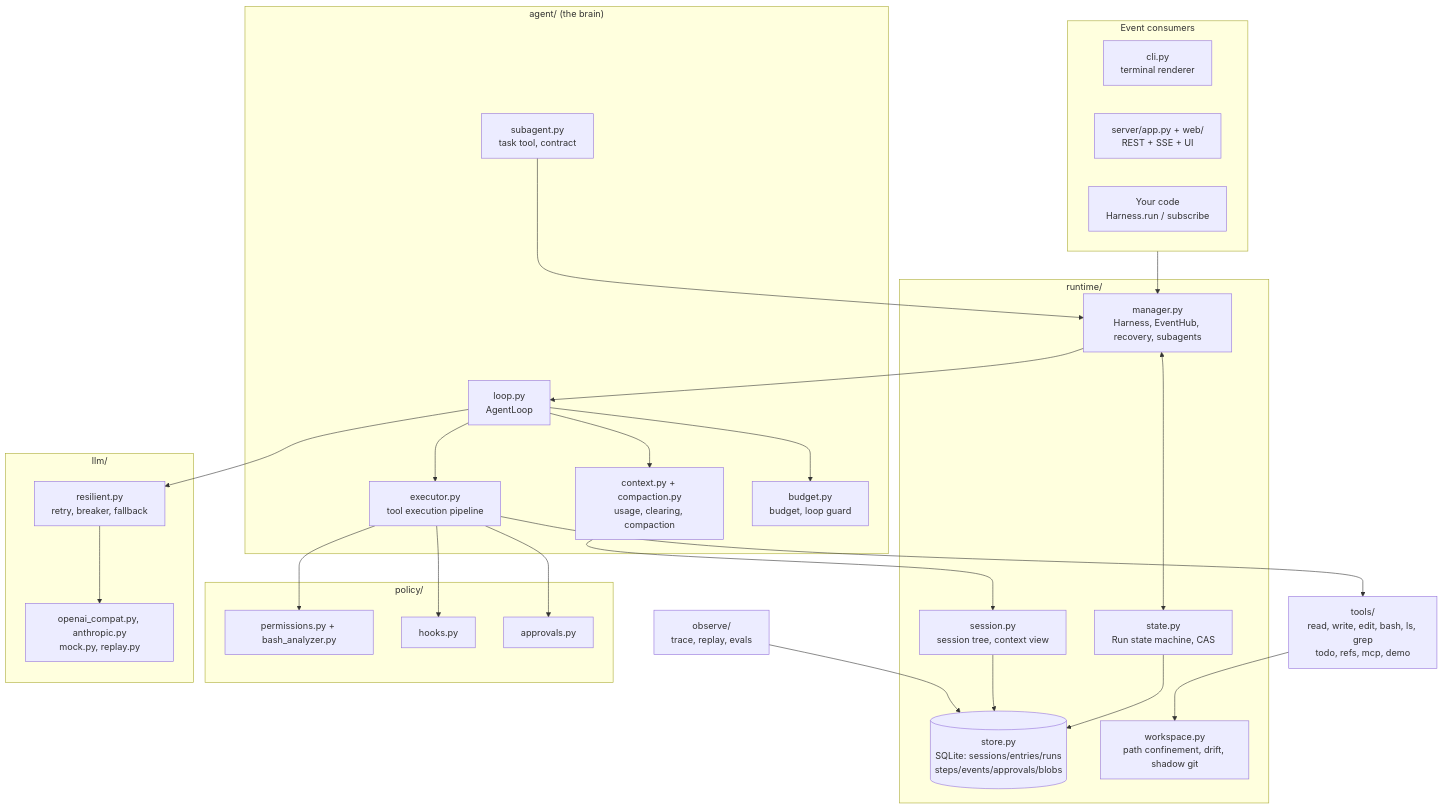
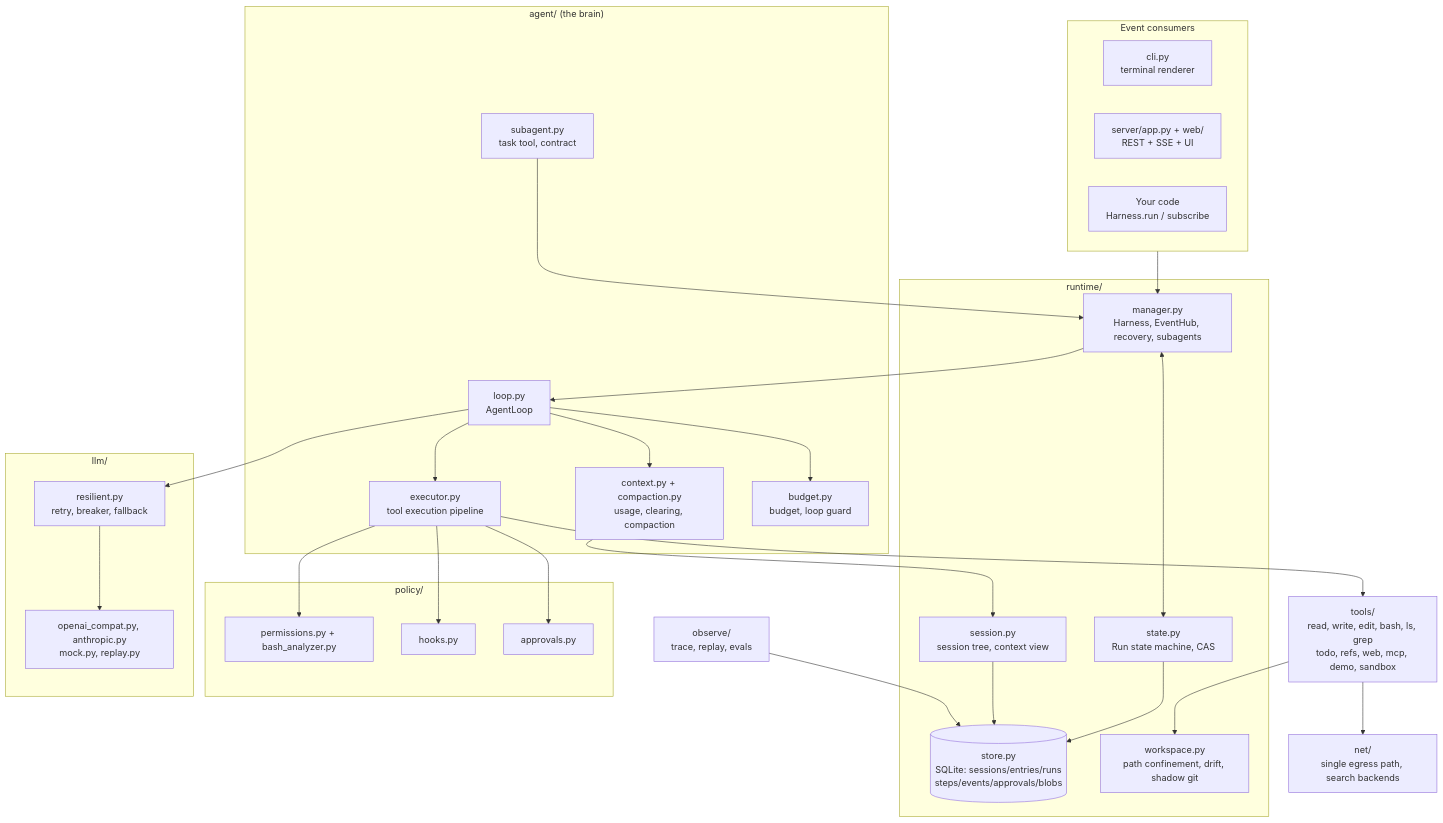
The first of 3 diagrams in docs/en/guide/architecture.md (flywhlway/flywhl-harness), drawn with Mermaid before and after one commit. The commit also changed other lines of this file and 61 other files, not shown here.

````diff
--- a/docs/en/guide/architecture.md
+++ b/docs/en/guide/architecture.md
@@ -7,44 +7,46 @@
 ```mermaid
 flowchart TB
     subgraph Clients["Event consumers"]
       CLI[cli.py<br/>terminal renderer]
       WEB[server/app.py + web/<br/>REST + SSE + UI]
       SDK[Your code<br/>Harness.run / subscribe]
     end
     subgraph Runtime["runtime/"]
       H[manager.py<br/>Harness, EventHub, recovery, subagents]
       SM[state.py<br/>Run state machine, CAS]
       ST[(store.py<br/>SQLite: sessions/entries/runs<br/>steps/events/approvals/blobs)]
       SL[session.py<br/>session tree, context view]
       WS[workspace.py<br/>path confinement, drift, shadow git]
     end
     subgraph Agent["agent/ (the brain)"]
       LOOP[loop.py<br/>AgentLoop]
       EX[executor.py<br/>tool execution pipeline]
       CTX[context.py + compaction.py<br/>usage, clearing, compaction]
       BG[budget.py<br/>budget, loop guard]
       SUB[subagent.py<br/>task tool, contract]
     end
     subgraph Policy["policy/"]
       PERM[permissions.py + bash_analyzer.py]
       HOOK[hooks.py]
       APR[approvals.py]
     end
     subgraph LLM["llm/"]
       RES[resilient.py<br/>retry, breaker, fallback]
       PROV[openai_compat.py, anthropic.py<br/>mock.py, replay.py]
     end
-    TOOLS[tools/<br/>read, write, edit, bash, ls, grep<br/>todo, refs, mcp, demo]
+    TOOLS[tools/<br/>read, write, edit, bash, ls, grep<br/>todo, refs, web, mcp, demo, sandbox]
+    NET[net/<br/>single egress path, search backends]
     OBS[observe/<br/>trace, replay, evals]
 
     Clients --> H
     H --> LOOP
     H <--> SM --> ST
     LOOP --> CTX --> SL --> ST
     LOOP --> EX --> PERM & HOOK & APR
     EX --> TOOLS --> WS
+    TOOLS --> NET
     LOOP --> BG
     LOOP --> RES --> PROV
     SUB --> H
     OBS --> ST
 ```
````
